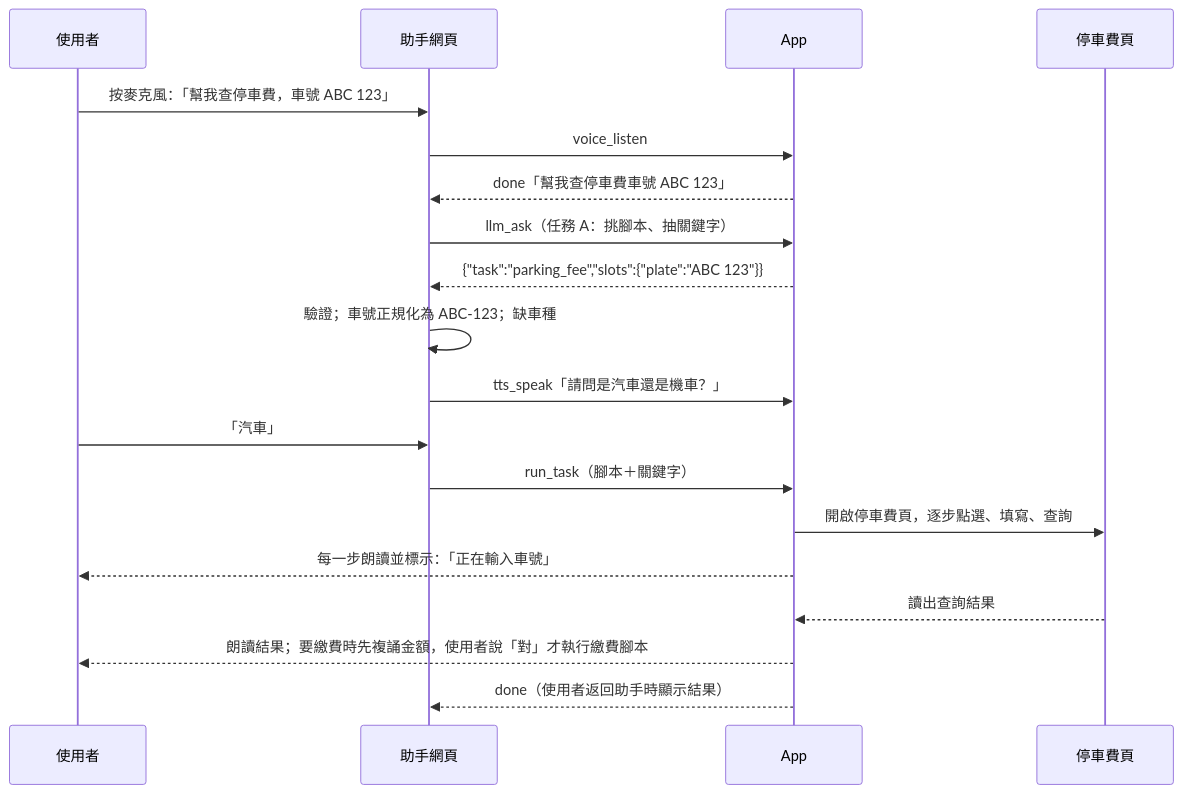
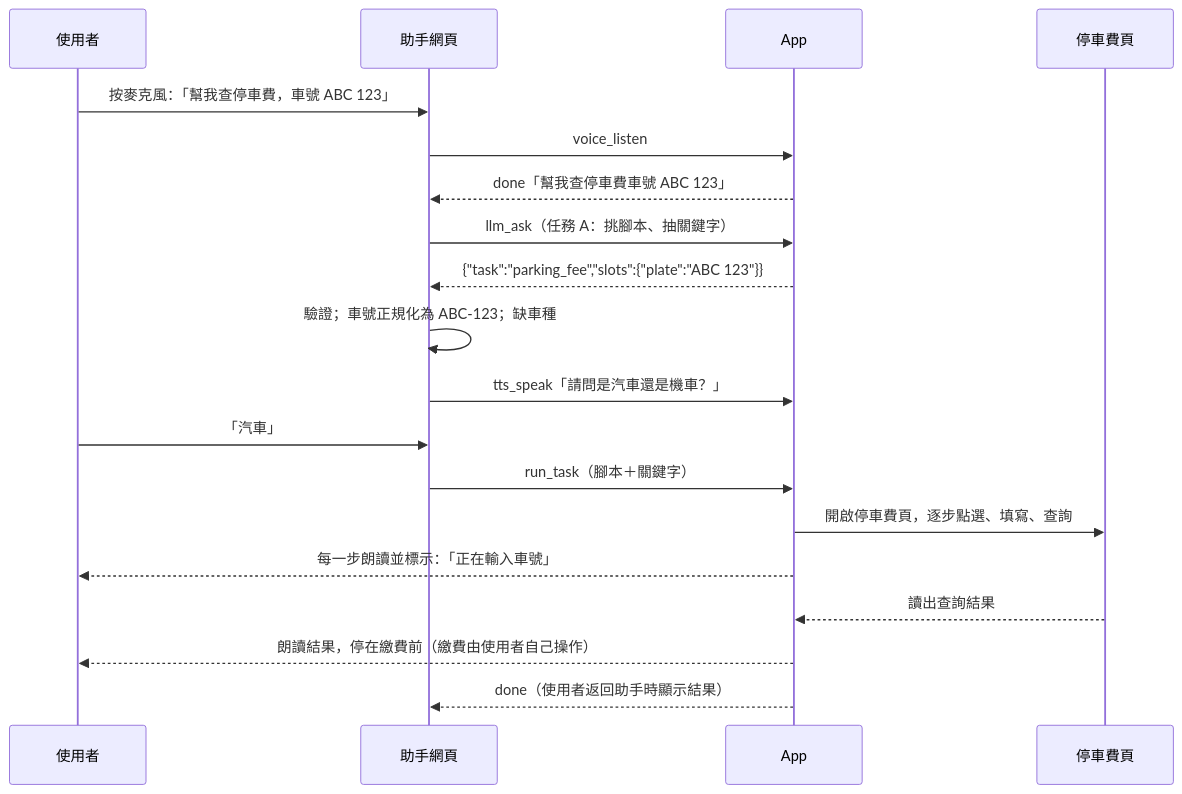
One commit to jsyang0322/TPE_Codefest2026 changed the second of 2 diagrams in docs/系統設計文件.md. Above: the diagram before and after it, drawn with Mermaid. The commit also changed other lines of this file and 3 other files, not shown here.

````diff
--- a/docs/系統設計文件.md
+++ b/docs/系統設計文件.md
@@ -78,21 +78,21 @@
 ```mermaid
 sequenceDiagram
     participant U as 使用者
     participant W as 助手網頁
     participant A as App
     participant S as 停車費頁
     U->>W: 按麥克風：「幫我查停車費，車號 ABC 123」
     W->>A: voice_listen
     A-->>W: done「幫我查停車費車號 ABC 123」
     W->>A: llm_ask（任務 A：挑腳本、抽關鍵字）
     A-->>W: {"task":"parking_fee","slots":{"plate":"ABC 123"}}
     W->>W: 驗證；車號正規化為 ABC-123；缺車種
     W->>A: tts_speak「請問是汽車還是機車？」
     U->>W: 「汽車」
     W->>A: run_task（腳本＋關鍵字）
     A->>S: 開啟停車費頁，逐步點選、填寫、查詢
     A-->>U: 每一步朗讀並標示：「正在輸入車號」
     S-->>A: 讀出查詢結果
-    A-->>U: 朗讀結果；要繳費時先複誦金額，使用者說「對」才執行繳費腳本
+    A-->>U: 朗讀結果，停在繳費前（繳費由使用者自己操作）
     A-->>W: done（使用者返回助手時顯示結果）
 ```
````
